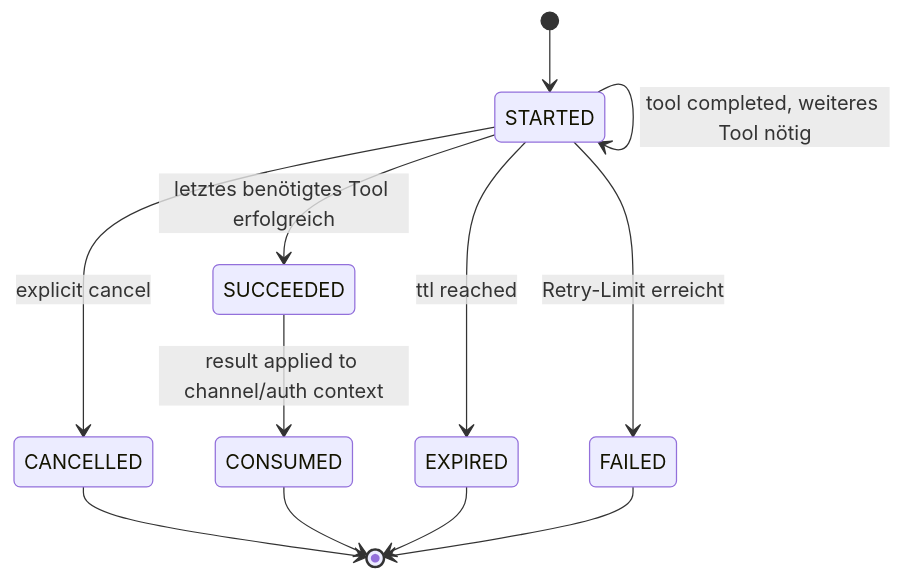
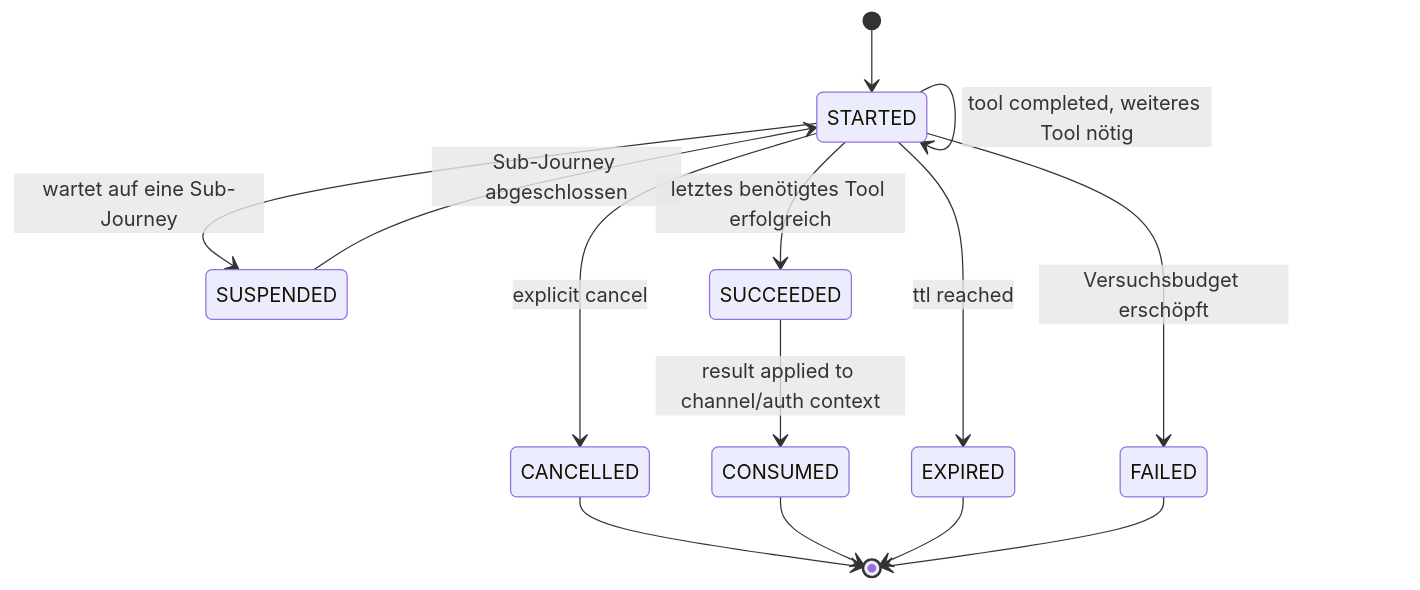
The third of 3 diagrams in docs/02-domaenenmodell.md (rpreissel/DPoP-demo), drawn with Mermaid before and after one commit. The commit also changed other lines of this file and 79 other files, not shown here.

````diff
--- a/docs/02-domaenenmodell.md
+++ b/docs/02-domaenenmodell.md
@@ -84,14 +85,16 @@
 ```mermaid
 stateDiagram-v2
   [*] --> STARTED
   STARTED --> STARTED: tool completed, weiteres Tool nötig
+  STARTED --> SUSPENDED: wartet auf eine Sub-Journey
+  SUSPENDED --> STARTED: Sub-Journey abgeschlossen
   STARTED --> SUCCEEDED: letztes benötigtes Tool erfolgreich
-  STARTED --> FAILED: Retry-Limit erreicht
+  STARTED --> FAILED: Versuchsbudget erschöpft
   STARTED --> CANCELLED: explicit cancel
   STARTED --> EXPIRED: ttl reached
   SUCCEEDED --> CONSUMED: result applied to channel/auth context
   CANCELLED --> [*]
   CONSUMED --> [*]
   EXPIRED --> [*]
   FAILED --> [*]
 ```
````
